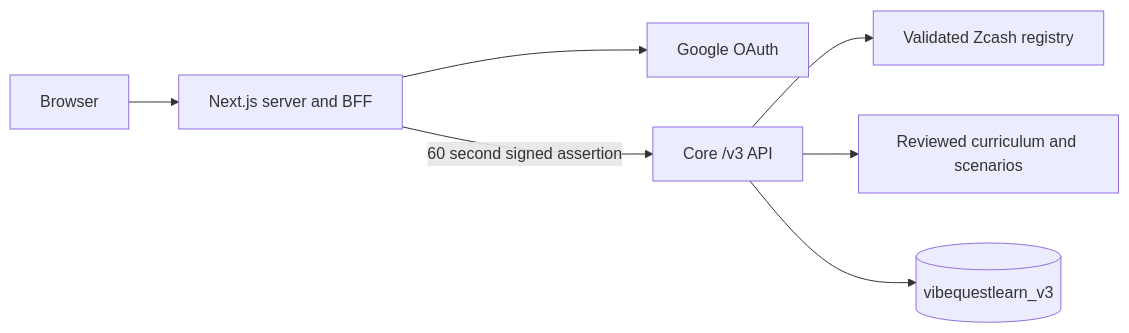
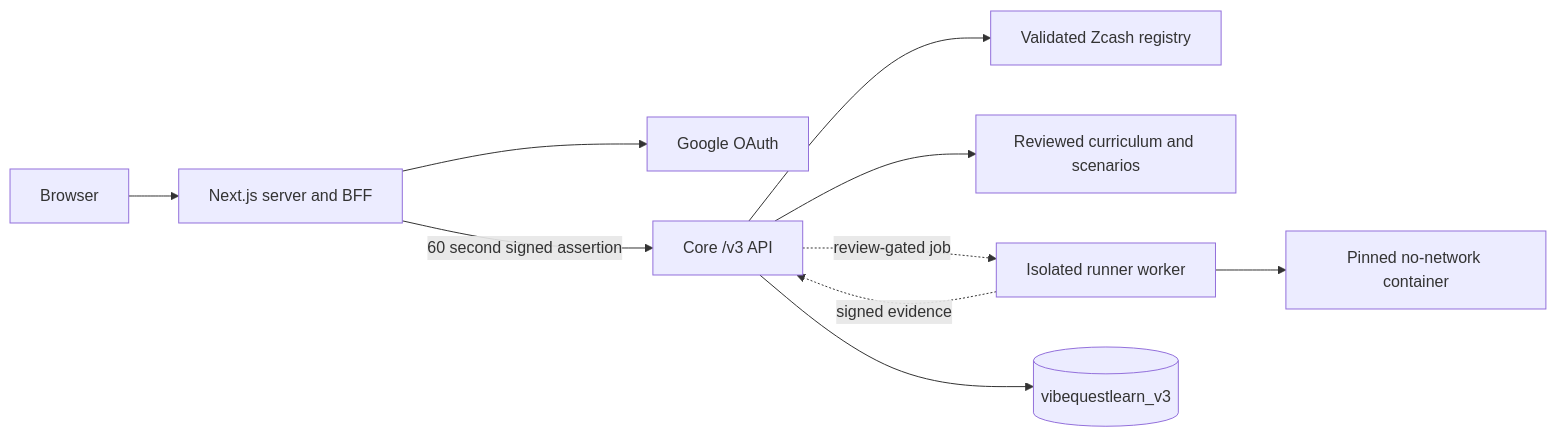
The diagram in docs/product-architecture.md (VibeQuestLearn/vibequest-web), drawn with Mermaid before and after one commit. The commit also changed other lines of this file and 4 other files, not shown here.

Commit message:
feat(zcash): expose runner review status

````diff
--- a/docs/product-architecture.md
+++ b/docs/product-architecture.md
@@ -8,9 +8,12 @@
 ```mermaid
 flowchart LR
     Browser["Browser"] --> Web["Next.js server and BFF"]
     Web --> Google["Google OAuth"]
     Web -->|"60 second signed assertion"| Core["Core /v3 API"]
     Core --> Registry["Validated Zcash registry"]
     Core --> Curriculum["Reviewed curriculum and scenarios"]
+    Core -. "review-gated job" .-> Worker["Isolated runner worker"]
+    Worker --> Docker["Pinned no-network container"]
+    Worker -. "signed evidence" .-> Core
     Core --> V3DB[("vibequestlearn_v3")]
 ```
````
